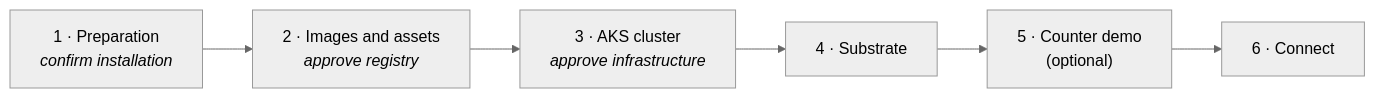
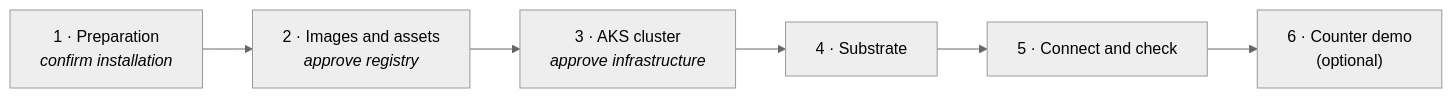
One commit to Azure/substrate-aks changed the diagram in docs/operations.md. Above: the diagram before and after it, drawn with Mermaid (neutral theme). The commit also changed other lines of this file and 45 other files, not shown here.

````diff
--- a/docs/operations.md
+++ b/docs/operations.md
@@ -44,6 +44,6 @@
 ```mermaid
 flowchart LR
     prep["1 · Preparation<br/><i>confirm installation</i>"] --> images["2 · Images and assets<br/><i>approve registry</i>"]
     images --> aks["3 · AKS cluster<br/><i>approve infrastructure</i>"] --> substrate["4 · Substrate"]
-    substrate --> demo["5 · Counter demo<br/>(optional)"] --> connect["6 · Connect"]
+    substrate --> connect["5 · Connect and check"] --> demo["6 · Counter demo<br/>(optional)"]
 ```
````
